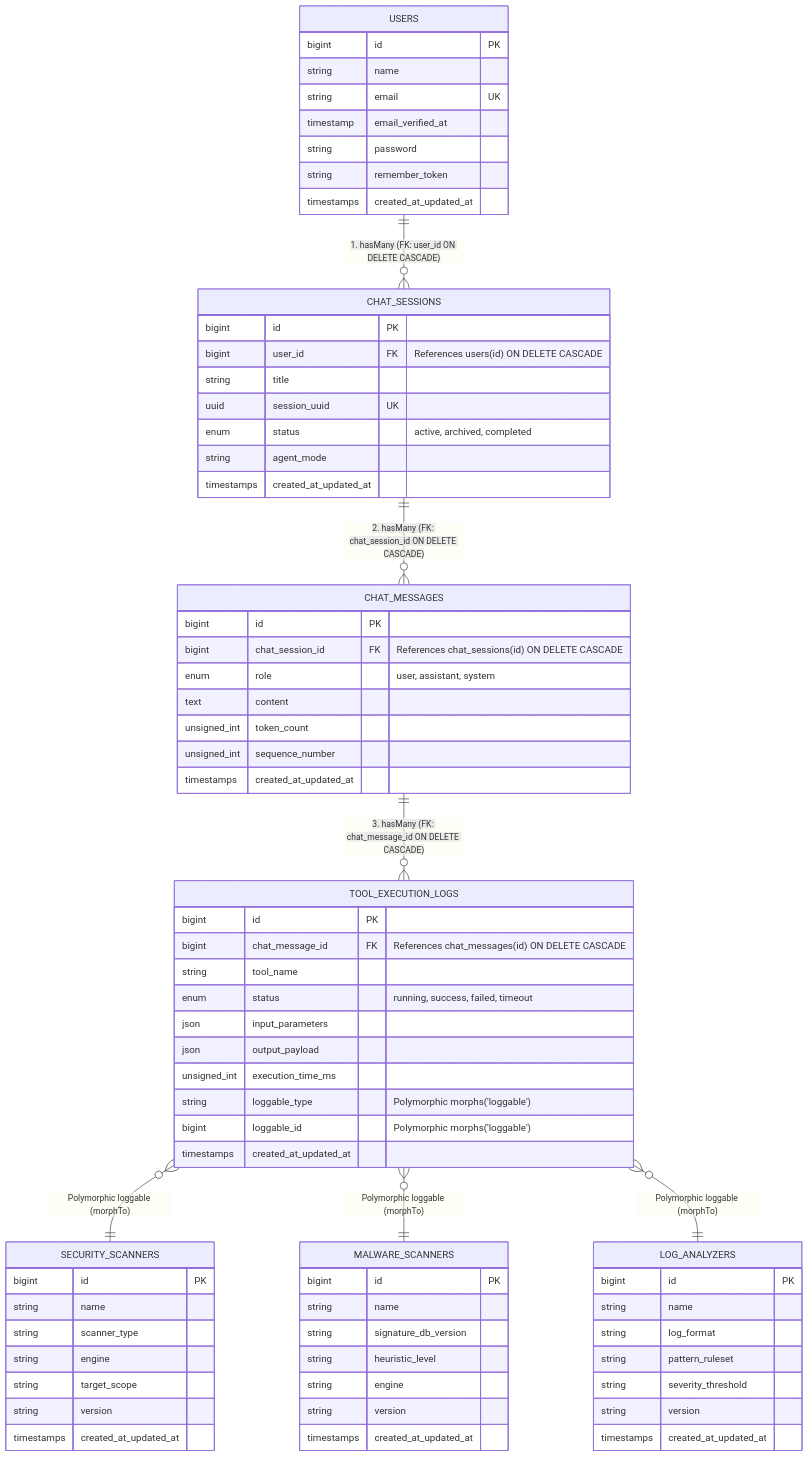
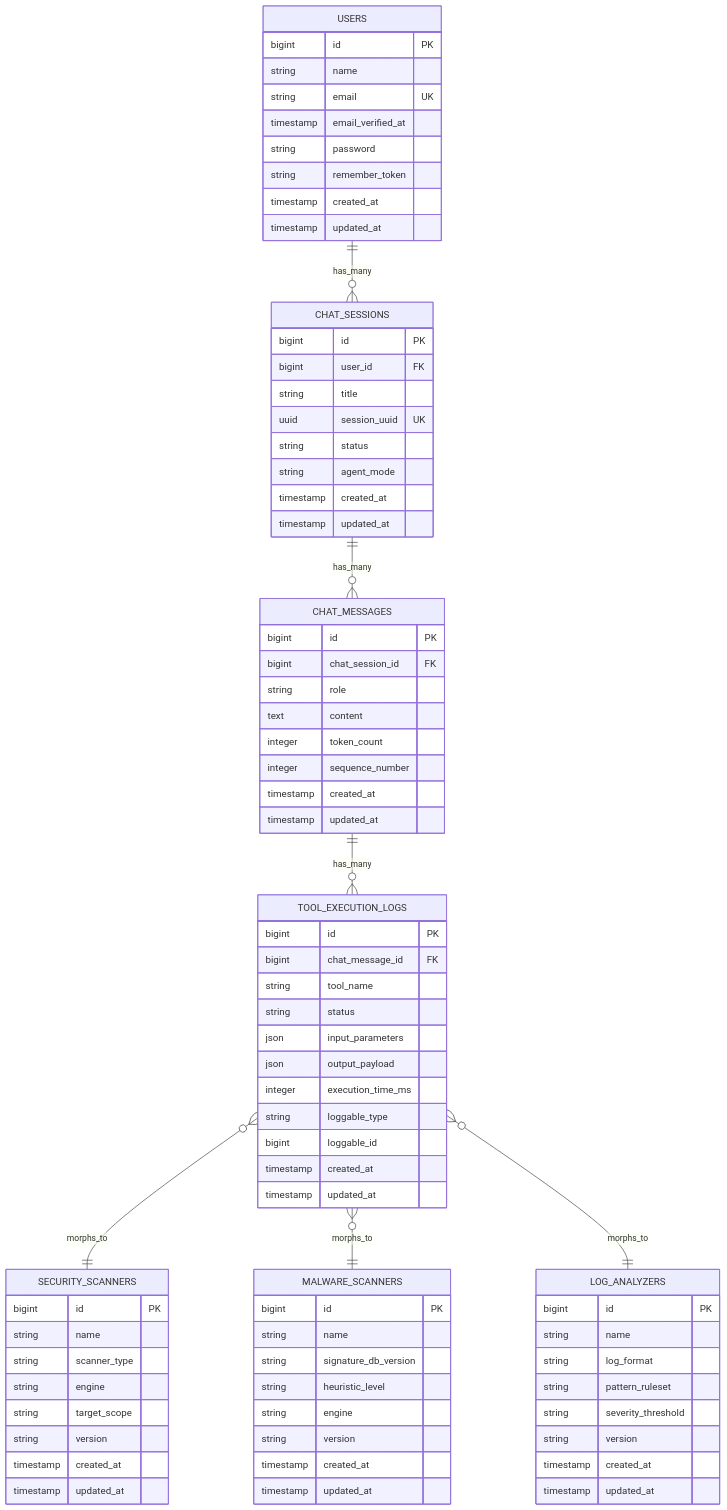
One commit to Samubrine/security-agent-harness changed the diagram in README.md. Above: the diagram before and after it, drawn with Mermaid. The commit also changed other lines of this file and 7 other files, not shown here.

Commit message:
feat(erd): restore initial ERD diagram with validated Mermaid syntax, remove slides and cleanup repository

````diff
--- a/README.md
+++ b/README.md
@@ -54,12 +54,12 @@
 ```mermaid
 erDiagram
-    USERS ||--o{ CHAT_SESSIONS : "1. hasMany (FK: user_id ON DELETE CASCADE)"
-    CHAT_SESSIONS ||--o{ CHAT_MESSAGES : "2. hasMany (FK: chat_session_id ON DELETE CASCADE)"
-    CHAT_MESSAGES ||--o{ TOOL_EXECUTION_LOGS : "3. hasMany (FK: chat_message_id ON DELETE CASCADE)"
-    
-    TOOL_EXECUTION_LOGS }o--|| SECURITY_SCANNERS : "Polymorphic loggable (morphTo)"
-    TOOL_EXECUTION_LOGS }o--|| MALWARE_SCANNERS : "Polymorphic loggable (morphTo)"
-    TOOL_EXECUTION_LOGS }o--|| LOG_ANALYZERS : "Polymorphic loggable (morphTo)"
+    USERS ||--o{ CHAT_SESSIONS : "has_many"
+    CHAT_SESSIONS ||--o{ CHAT_MESSAGES : "has_many"
+    CHAT_MESSAGES ||--o{ TOOL_EXECUTION_LOGS : "has_many"
+
+    TOOL_EXECUTION_LOGS }o--|| SECURITY_SCANNERS : "morphs_to"
+    TOOL_EXECUTION_LOGS }o--|| MALWARE_SCANNERS : "morphs_to"
+    TOOL_EXECUTION_LOGS }o--|| LOG_ANALYZERS : "morphs_to"
 
     USERS {
         bigint id PK
@@ -68,40 +68,44 @@
         timestamp email_verified_at
         string password
         string remember_token
-        timestamps created_at_updated_at
+        timestamp created_at
+        timestamp updated_at
     }
 
     CHAT_SESSIONS {
         bigint id PK
-        bigint user_id FK "References users(id) ON DELETE CASCADE"
+        bigint user_id FK
         string title
         uuid session_uuid UK
-        enum status "active, archived, completed"
+        string status
         string agent_mode
-        timestamps created_at_updated_at
+        timestamp created_at
+        timestamp updated_at
     }
 
     CHAT_MESSAGES {
         bigint id PK
-        bigint chat_session_id FK "References chat_sessions(id) ON DELETE CASCADE"
-        enum role "user, assistant, system"
+        bigint chat_session_id FK
+        string role
         text content
-        unsigned_int token_count
-        unsigned_int sequence_number
-        timestamps created_at_updated_at
+        integer token_count
+        integer sequence_number
+        timestamp created_at
+        timestamp updated_at
     }
 
     TOOL_EXECUTION_LOGS {
         bigint id PK
-        bigint chat_message_id FK "References chat_messages(id) ON DELETE CASCADE"
+        bigint chat_message_id FK
         string tool_name
-        enum status "running, success, failed, timeout"
+        string status
         json input_parameters
         json output_payload
-        unsigned_int execution_time_ms
-        string loggable_type "Polymorphic morphs('loggable')"
-        bigint loggable_id "Polymorphic morphs('loggable')"
-        timestamps created_at_updated_at
+        integer execution_time_ms
+        string loggable_type
+        bigint loggable_id
+        timestamp created_at
+        timestamp updated_at
     }
 
     SECURITY_SCANNERS {
@@ -111,7 +115,8 @@
         string engine
         string target_scope
         string version
-        timestamps created_at_updated_at
+        timestamp created_at
+        timestamp updated_at
     }
 
     MALWARE_SCANNERS {
@@ -121,7 +126,8 @@
         string heuristic_level
         string engine
         string version
-        timestamps created_at_updated_at
+        timestamp created_at
+        timestamp updated_at
     }
 
     LOG_ANALYZERS {
@@ -131,6 +137,7 @@
         string pattern_ruleset
         string severity_threshold
         string version
-        timestamps created_at_updated_at
+        timestamp created_at
+        timestamp updated_at
     }
 ```
````
